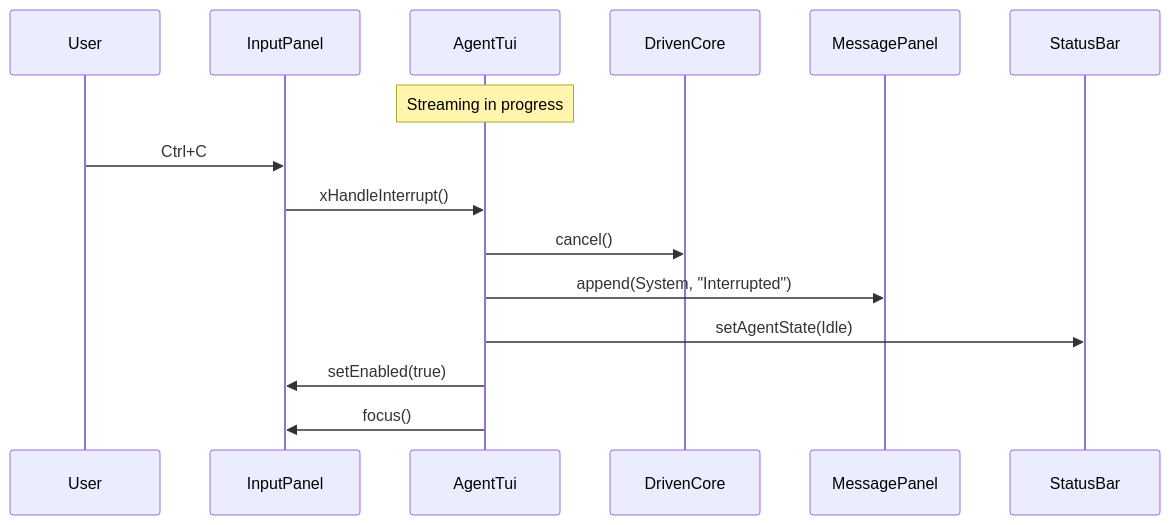
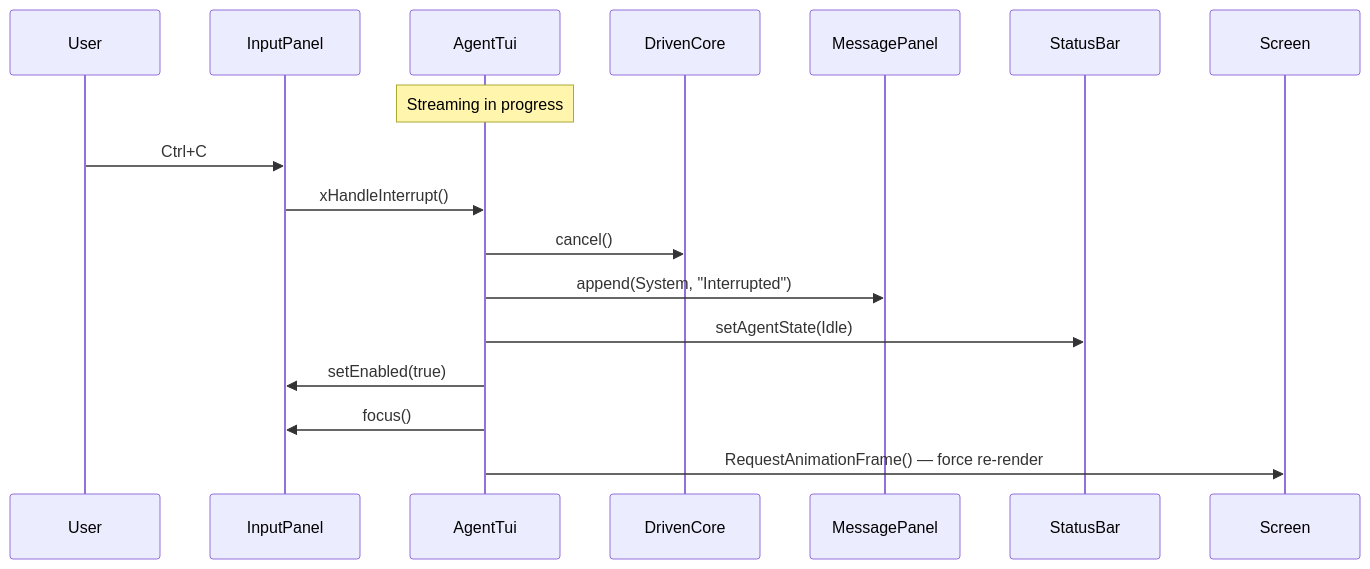
One commit to opensassi/a0 changed the fourth of 4 diagrams in source/src/tui/agent_tui.spec.md. Above: the diagram before and after it, drawn with Mermaid. The commit also changed other lines of this file and 32 other files, not shown here.

````diff
--- a/source/src/tui/agent_tui.spec.md
+++ b/source/src/tui/agent_tui.spec.md
@@ -305,18 +313,19 @@
 ```mermaid
 sequenceDiagram
     participant User
     participant IP as InputPanel
     participant AT as AgentTui
     participant DC as DrivenCore
     participant MP as MessagePanel
     participant SB as StatusBar
 
     Note over AT: Streaming in progress
     User->>IP: Ctrl+C
     IP->>AT: xHandleInterrupt()
     AT->>DC: cancel()
     AT->>MP: append(System, "Interrupted")
     AT->>SB: setAgentState(Idle)
     AT->>IP: setEnabled(true)
     AT->>IP: focus()
+    AT->>Screen: RequestAnimationFrame() — force re-render
 ```
````
